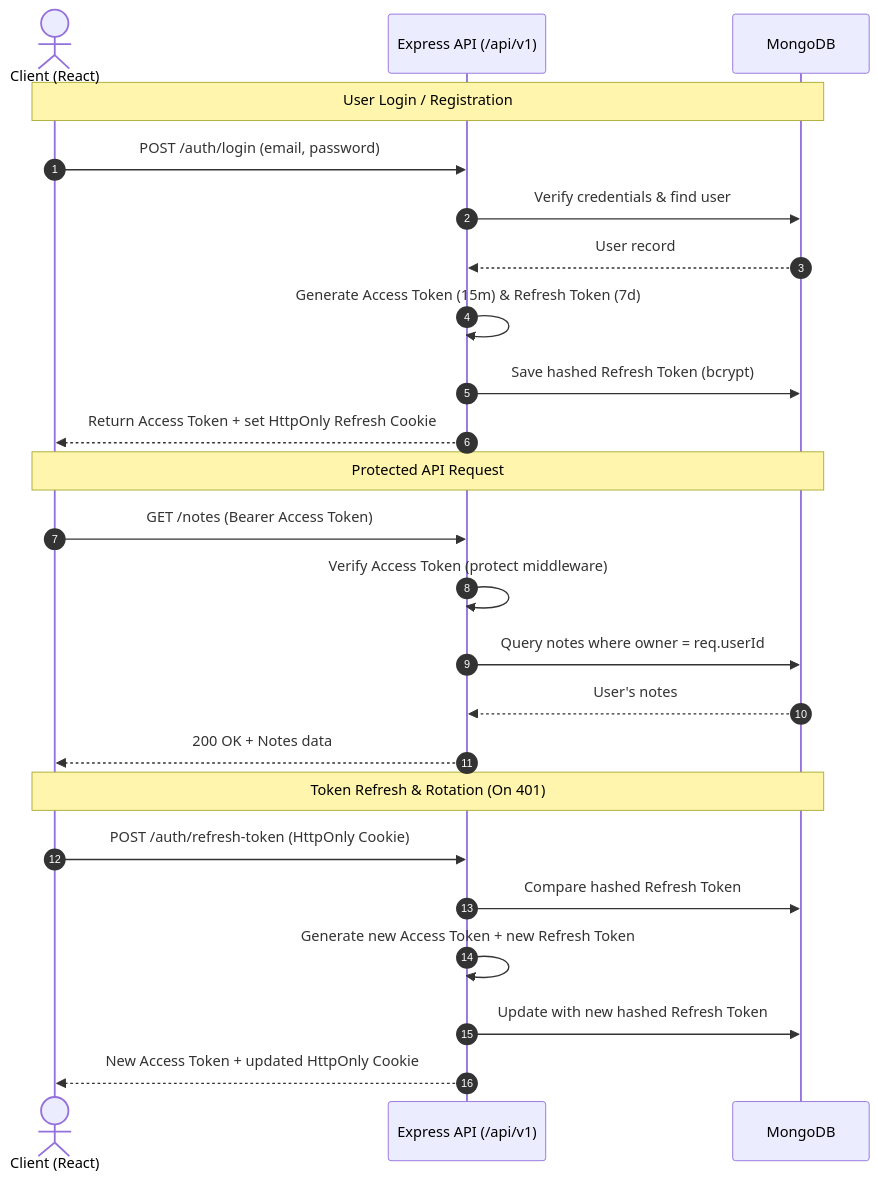
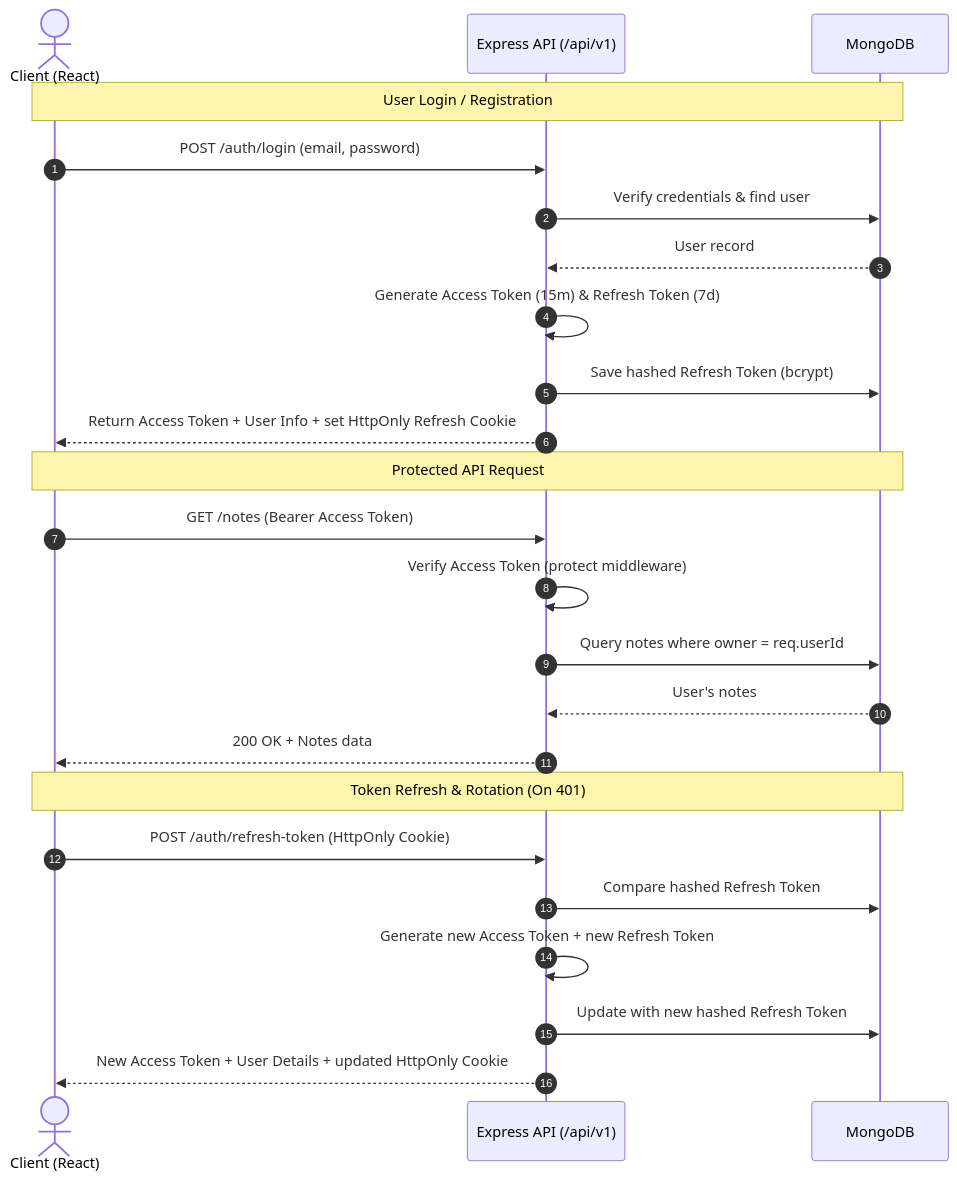
The diagram in README.md (shivamkumartech/NoteNest), drawn with Mermaid before and after one commit. The commit also changed other lines of this file, not shown here.

Commit message:
docs: update README with comprehensive feature set, deployment details, and API response structures

````diff
--- a/README.md
+++ b/README.md
@@ -47,29 +55,29 @@
 ```mermaid
 sequenceDiagram
     autonumber
     actor User as Client (React)
     participant API as Express API (/api/v1)
     participant DB as MongoDB
 
     Note over User,DB: User Login / Registration
     User->>API: POST /auth/login (email, password)
     API->>DB: Verify credentials & find user
     DB-->>API: User record
     API->>API: Generate Access Token (15m) & Refresh Token (7d)
     API->>DB: Save hashed Refresh Token (bcrypt)
-    API-->>User: Return Access Token + set HttpOnly Refresh Cookie
+    API-->>User: Return Access Token + User Info + set HttpOnly Refresh Cookie
 
     Note over User,DB: Protected API Request
     User->>API: GET /notes (Bearer Access Token)
     API->>API: Verify Access Token (protect middleware)
     API->>DB: Query notes where owner = req.userId
     DB-->>API: User's notes
     API-->>User: 200 OK + Notes data
 
     Note over User,DB: Token Refresh & Rotation (On 401)
     User->>API: POST /auth/refresh-token (HttpOnly Cookie)
     API->>DB: Compare hashed Refresh Token
     API->>API: Generate new Access Token + new Refresh Token
     API->>DB: Update with new hashed Refresh Token
-    API-->>User: New Access Token + updated HttpOnly Cookie
+    API-->>User: New Access Token + User Details + updated HttpOnly Cookie
 ```
````
